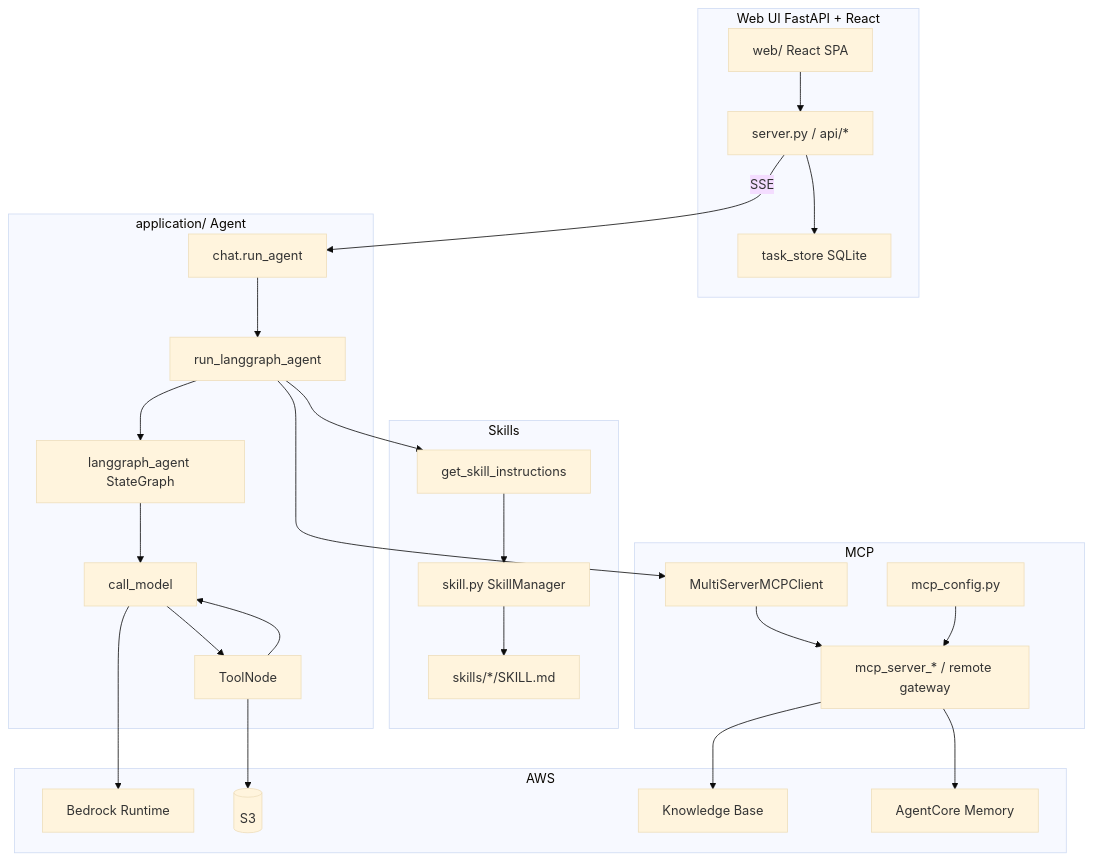
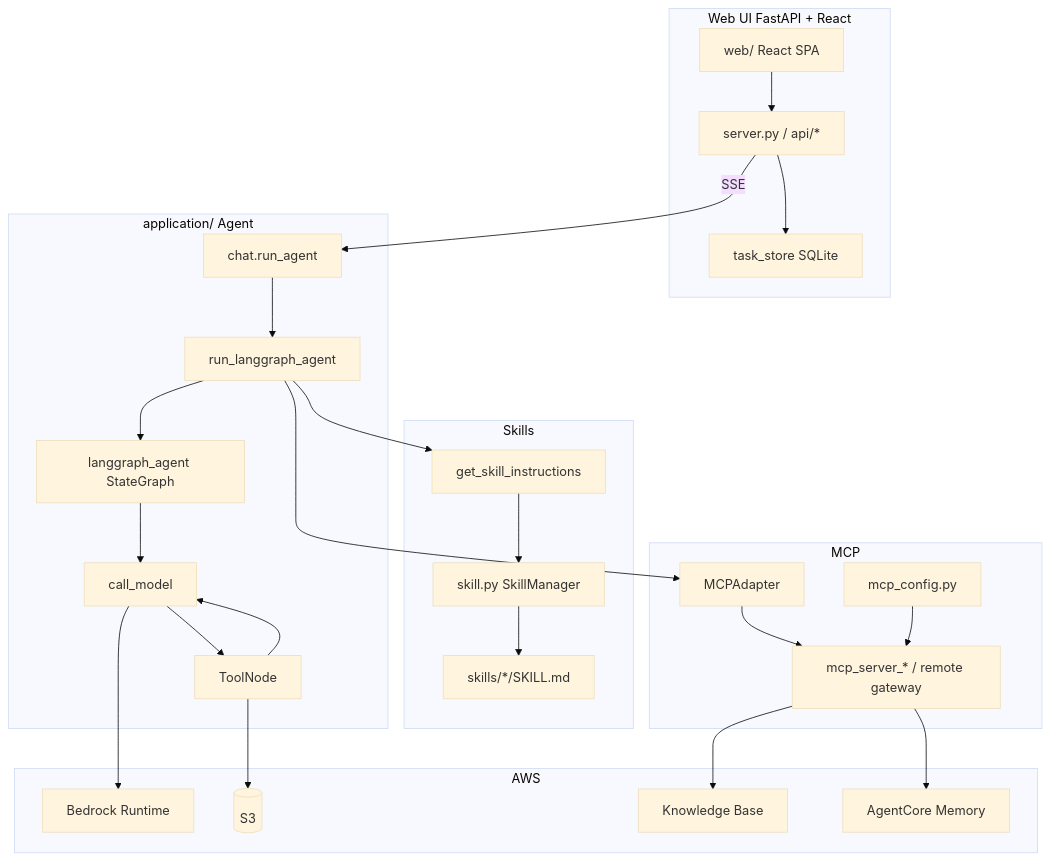
One commit to kyopark2014/agent-skills changed the diagram in README.md. Above: the diagram before and after it, drawn with Mermaid (base theme). The commit also changed other lines of this file and 23 other files, not shown here.

````diff
--- a/README.md
+++ b/README.md
@@ -53,54 +53,54 @@
 ```mermaid
 flowchart TB
   subgraph UI["Web UI FastAPI + React"]
     SPA["web/ React SPA"]
     API["server.py / api/*"]
     TS[task_store SQLite]
   end
 
   subgraph Agent["application/ Agent"]
     RA["chat.run_agent"]
     RLA["run_langgraph_agent"]
     SG["langgraph_agent StateGraph"]
     CM[call_model]
     TN[ToolNode]
   end
 
   subgraph Skills["Skills"]
     SM[skill.py SkillManager]
     SK["skills/*/SKILL.md"]
     GSI[get_skill_instructions]
   end
 
   subgraph MCP["MCP"]
     CFG[mcp_config.py]
     SRV["mcp_server_* / remote gateway"]
-    CLI[MultiServerMCPClient]
+    CLI[MCPAdapter]
   end
 
   subgraph AWS["AWS"]
     BR[Bedrock Runtime]
     S3[(S3)]
     KB[Knowledge Base]
     MEM[AgentCore Memory]
   end
 
   SPA --> API
   API --> TS
   API -->|SSE| RA
   RA --> RLA
   RLA --> SG
   SG --> CM
   CM --> TN
   TN --> CM
   CM --> BR
   RLA --> CLI
   CLI --> SRV
   CFG --> SRV
   RLA --> GSI
   GSI --> SM
   SM --> SK
   TN --> S3
   SRV --> KB
   SRV --> MEM
 ```
````
